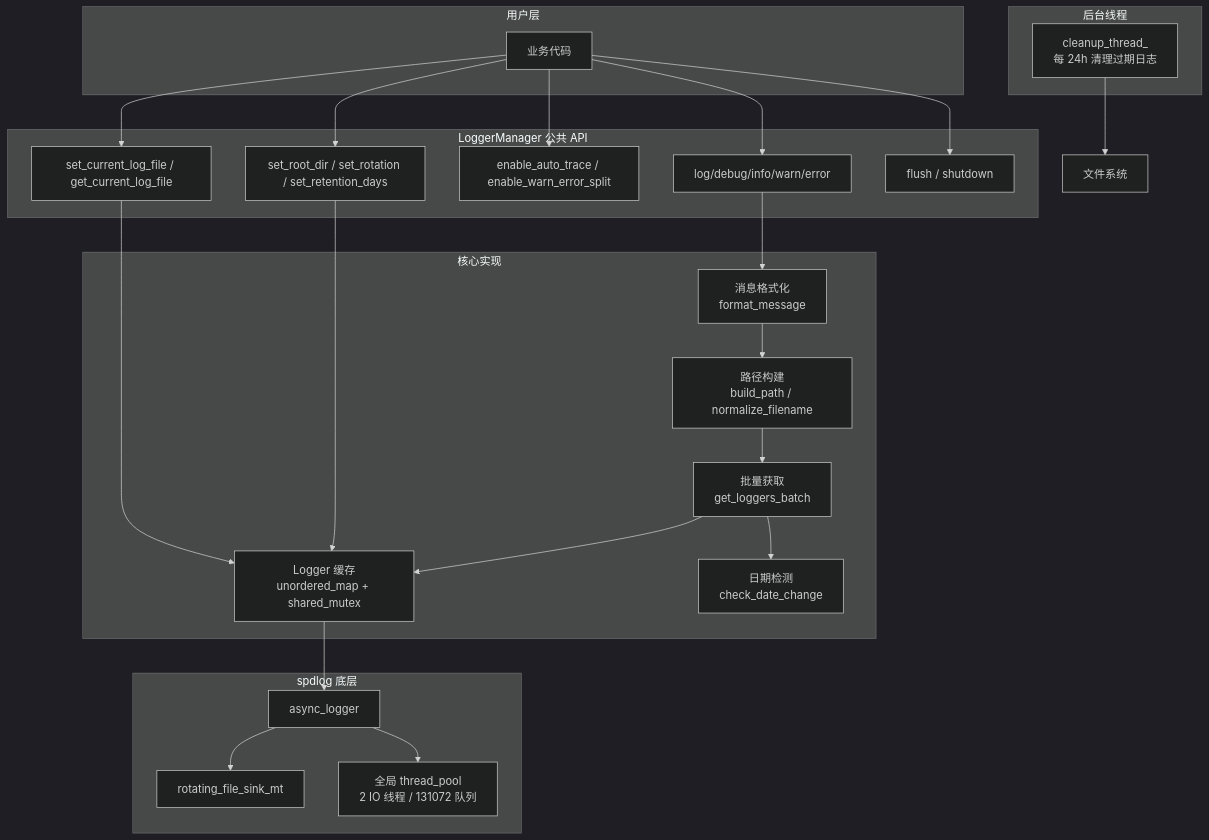
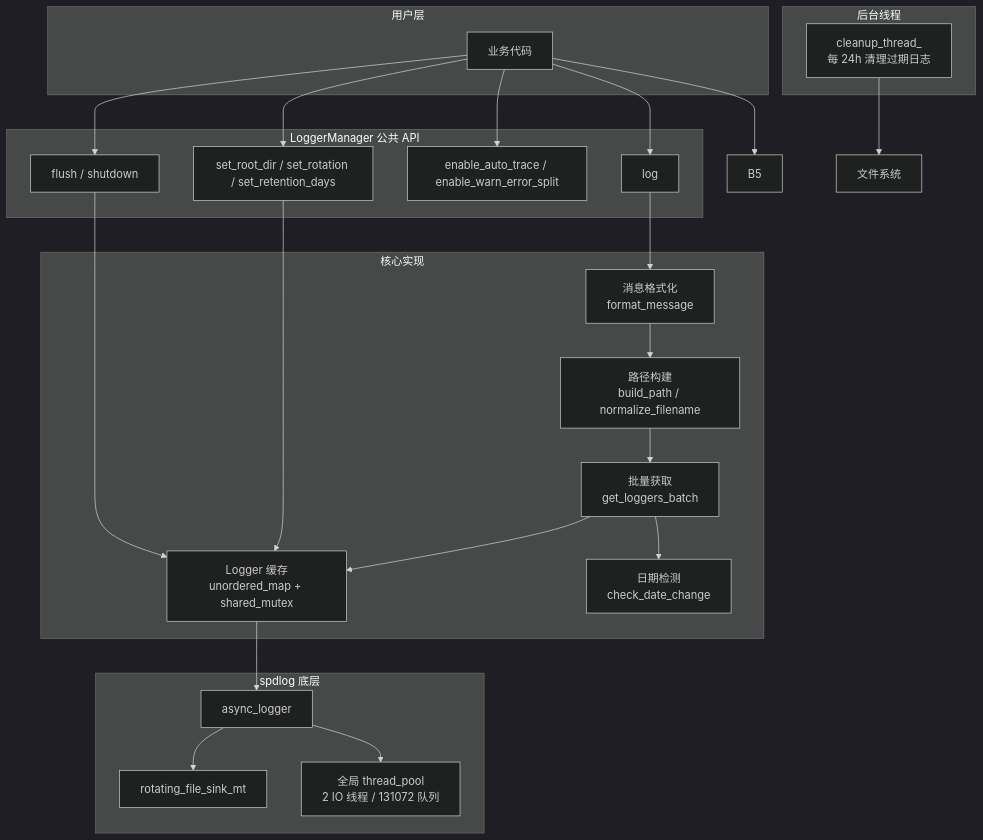
Before and after one commit to pioneer-tonight-tlhe/QtModules: the first of 8 diagrams in docs/realize/LoggerManager实现文档.md, drawn with Mermaid (dark theme). The commit also changed other lines of this file and 129 other files, not shown here.

````diff
--- a/docs/realize/LoggerManager实现文档.md
+++ b/docs/realize/LoggerManager实现文档.md
@@ -21,47 +20,46 @@
 ```mermaid
 graph TB
     subgraph 用户层
         A[业务代码]
     end
 
     subgraph LoggerManager_API[LoggerManager 公共 API]
-        B1[log/debug/info/warn/error]
+        B1[log]
         B2[set_root_dir / set_rotation / set_retention_days]
         B3[enable_auto_trace / enable_warn_error_split]
-        B4[set_current_log_file / get_current_log_file]
-        B5[flush / shutdown]
+        B4[flush / shutdown]
     end
 
     subgraph 核心层[核心实现]
         C1[消息格式化<br/>format_message]
         C2[路径构建<br/>build_path / normalize_filename]
         C3[Logger 缓存<br/>unordered_map + shared_mutex]
         C4[批量获取<br/>get_loggers_batch]
         C5[日期检测<br/>check_date_change]
     end
 
     subgraph 后台线程[后台线程]
         D1[cleanup_thread_<br/>每 24h 清理过期日志]
     end
 
     subgraph spdlog层[spdlog 底层]
         E1[async_logger]
         E2[rotating_file_sink_mt]
         E3[全局 thread_pool<br/>2 IO 线程 / 131072 队列]
     end
 
     A --> B1
     A --> B2
     A --> B3
     A --> B4
     A --> B5
 
     B1 --> C1 --> C2 --> C4 --> C3
     C4 --> C5
     B2 --> C3
     B4 --> C3
     C3 --> E1
     E1 --> E2
     E1 --> E3
     D1 --> 文件系统
 ```
````
